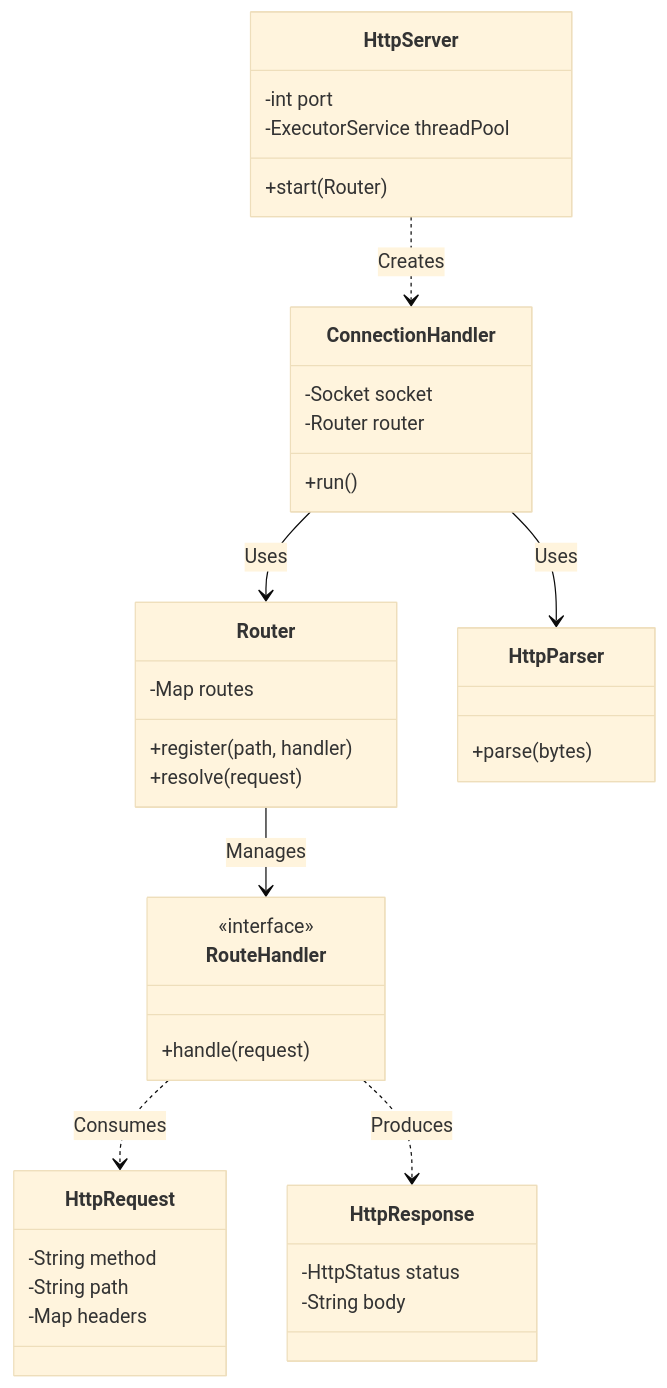
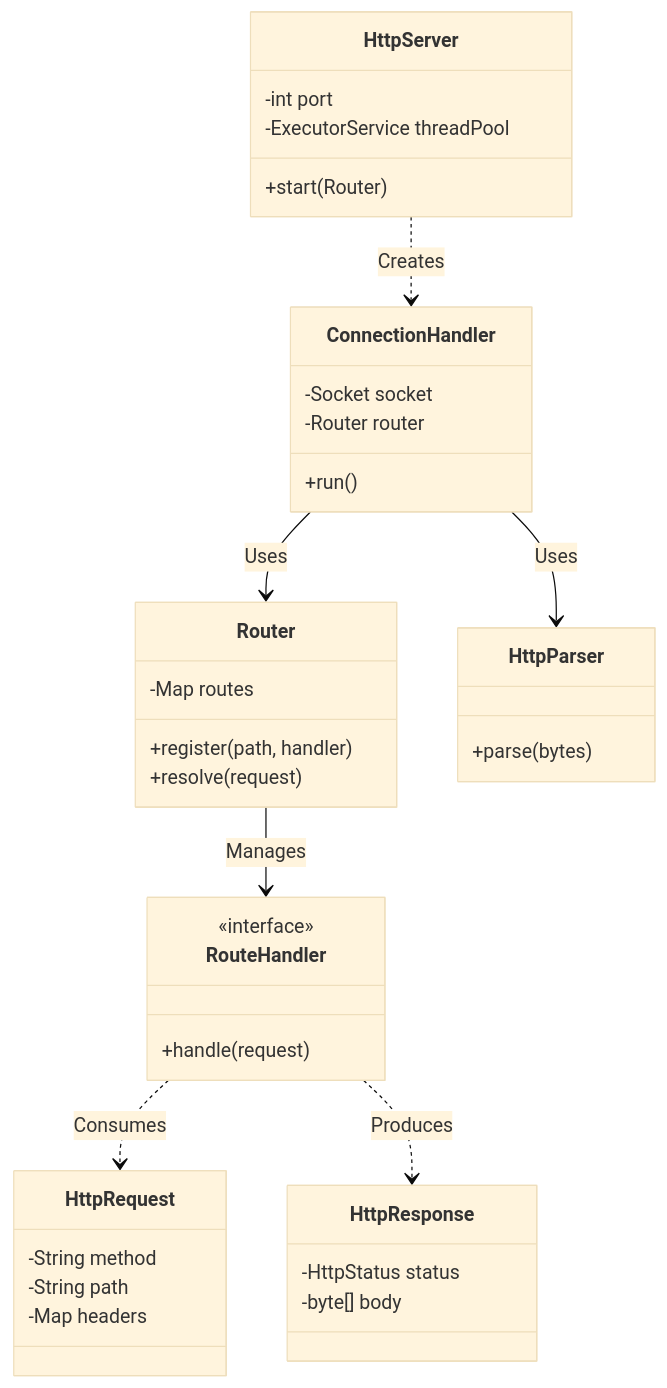
Before and after one commit to jhanvi857/coreHTTP: the diagram in README.md, drawn with Mermaid (base theme). The commit also changed other lines of this file, not shown here.

````diff
--- a/README.md
+++ b/README.md
@@ -22,41 +41,41 @@
 ```mermaid
 classDiagram
     class HttpServer {
         -int port
         -ExecutorService threadPool
         +start(Router)
     }
     class ConnectionHandler {
         -Socket socket
         -Router router
         +run()
     }
     class Router {
         -Map routes
         +register(path, handler)
         +resolve(request)
     }
     class HttpParser {
         +parse(bytes)
     }
     class HttpRequest {
         -String method
         -String path
         -Map headers
     }
     class HttpResponse {
         -HttpStatus status
-        -String body
+        -byte[] body
     }
     class RouteHandler {
         <<interface>>
         +handle(request)
     }
 
     HttpServer ..> ConnectionHandler : Creates
     ConnectionHandler --> Router : Uses
     ConnectionHandler --> HttpParser : Uses
     Router --> RouteHandler : Manages
     RouteHandler ..> HttpRequest : Consumes
     RouteHandler ..> HttpResponse : Produces
 ```
````
